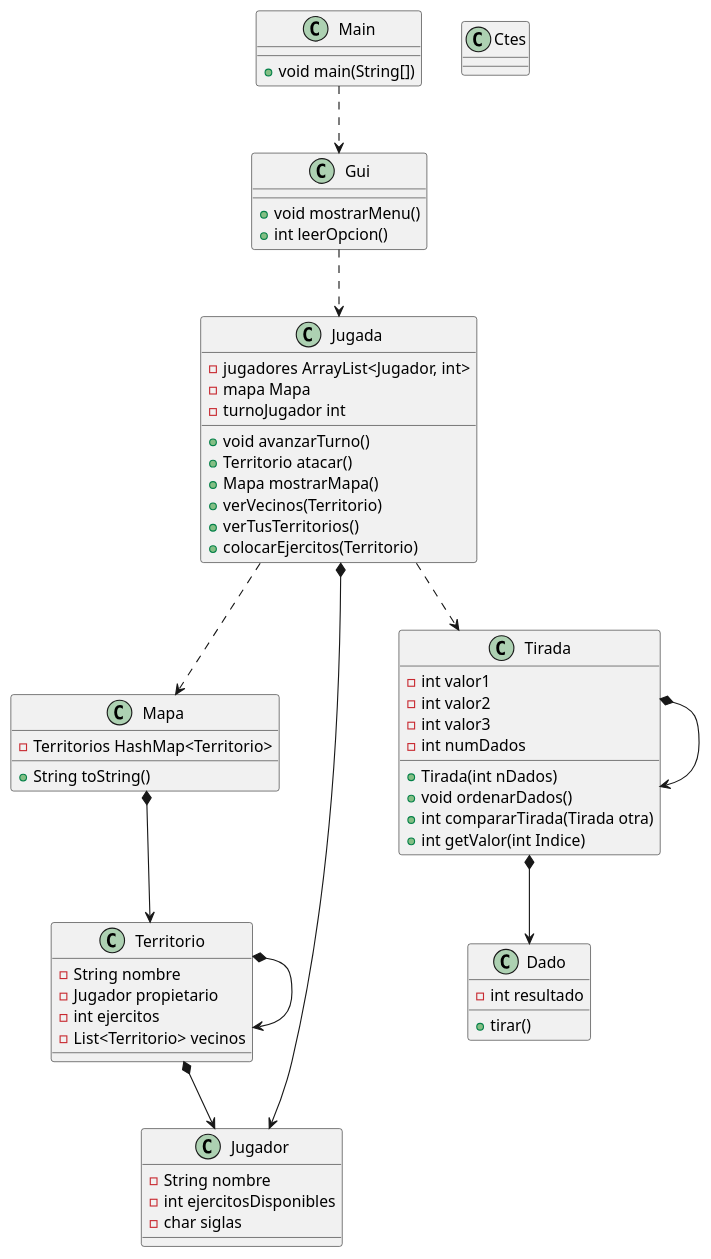
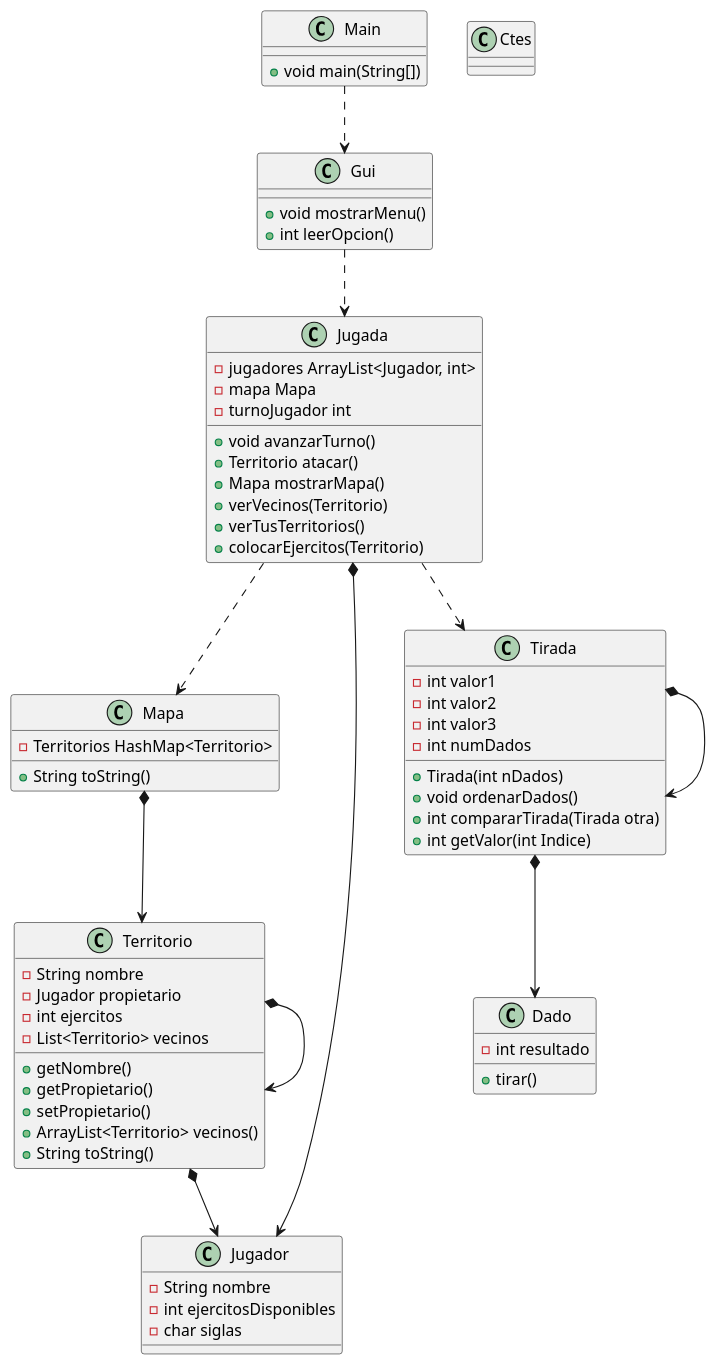
One commit to hrodriguezp/Imperialist changed the diagram in doc/UML/diag_clases.puml. Above: the diagram before and after it, drawn with PlantUML. The commit also changed 3 other files, not shown here.

Commit message:
He empezado las clases Mapa y Territorio adaptando el diagrama UML a codigo y dejandome preparado para hacer en casalos metodos complicados.

```diff
--- a/doc/UML/diag_clases.puml
+++ b/doc/UML/diag_clases.puml
@@ -1,82 +1,87 @@
 @startuml
 
 class Main{
 + void main(String[])
 }
 
 class Ctes{
 }
 
 class Mapa{
  -Territorios HashMap<Territorio>
  +String toString()
 }
 
 class Territorio{
  - String nombre
  - Jugador propietario
  - int ejercitos
  - List<Territorio> vecinos
+ + getNombre()
+ + getPropietario()
+ + setPropietario()
+ + ArrayList<Territorio> vecinos()
+ + String toString()
 }
 
 class Jugador{
     - String nombre
     - int ejercitosDisponibles
     - char siglas
 }
 
 class Jugada{
     -jugadores ArrayList<Jugador, int>
     -mapa Mapa
     -turnoJugador int
     +void avanzarTurno()
     +Territorio atacar()
     +Mapa mostrarMapa()
     +verVecinos(Territorio)
     +verTusTerritorios()
     +colocarEjercitos(Territorio)
 }
 
 class Gui{
     +void mostrarMenu()
     +int leerOpcion()
 }
 
 class Tirada{
     -int valor1
     -int valor2
     -int valor3
     -int numDados
     +Tirada(int nDados)
     +void ordenarDados()
     +int compararTirada(Tirada otra)
     +int getValor(int Indice)
 }
 
 class Dado{
     -int resultado
     +tirar()
 }
 
 Main ..> Gui
 
 Mapa *--> Territorio
 
 Gui ..> Jugada
 
 Jugada *--> Jugador
 
 Territorio *--> Territorio
 
 Tirada *--> Tirada
 
 Territorio *--> Jugador
 
 Jugada ..> Tirada
 
 Tirada *--> Dado
 
 Jugada ..> Mapa
 
 
 @enduml
```
